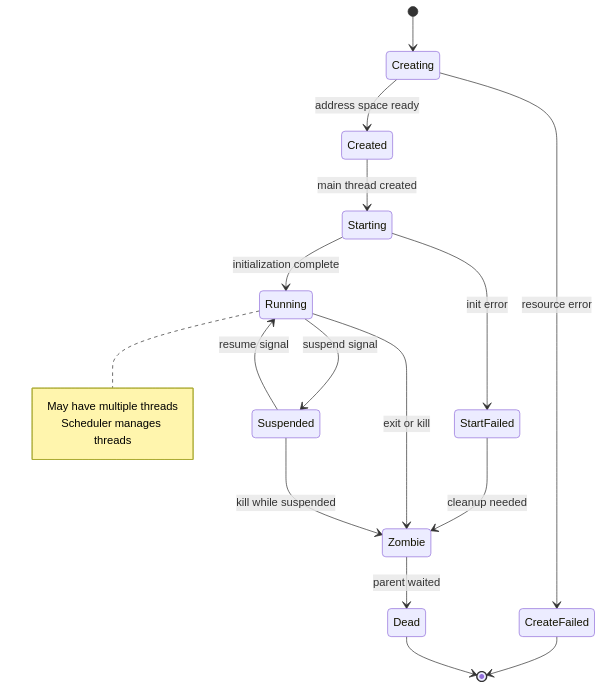
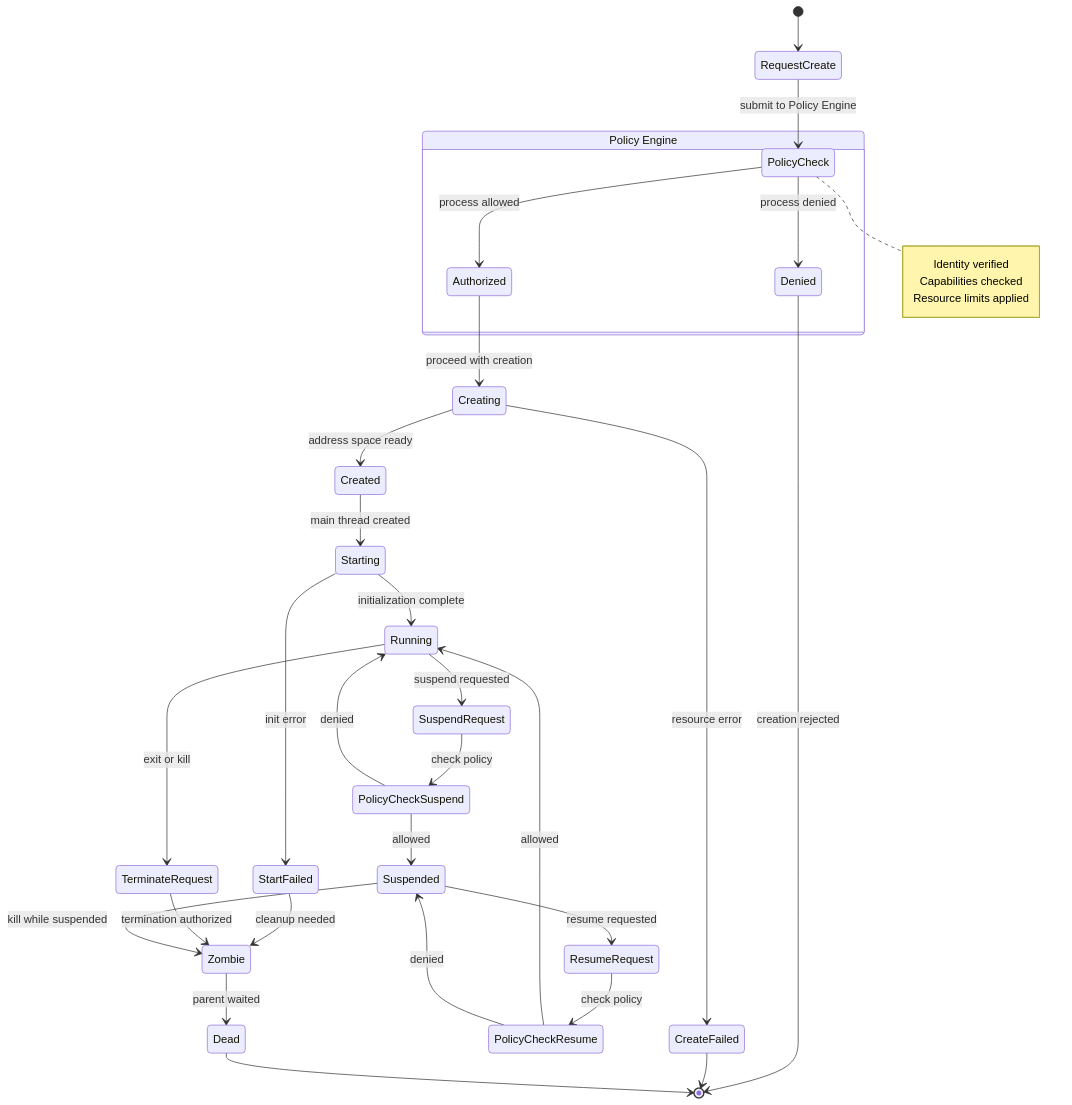
One commit to cypher-asi/zero-os changed the fifth of 18 diagrams in docs/diagrams/state-machines.md. Above: the diagram before and after it, drawn with Mermaid. The commit also changed other lines of this file and 24 other files, not shown here.

````diff
--- a/docs/diagrams/state-machines.md
+++ b/docs/diagrams/state-machines.md
@@ -202,31 +235,53 @@
 ```mermaid
 stateDiagram-v2
-    [*] --> Creating
+    [*] --> RequestCreate
+    
+    RequestCreate --> PolicyCheck: submit to Policy Engine
+    
+    state "Policy Engine" as pe {
+        PolicyCheck --> Authorized: process allowed
+        PolicyCheck --> Denied: process denied
+    }
+    
+    Denied --> [*]: creation rejected
+    
+    Authorized --> Creating: proceed with creation
     
     Creating --> Created: address space ready
     Creating --> CreateFailed: resource error
     
     CreateFailed --> [*]
     
     Created --> Starting: main thread created
     
     Starting --> Running: initialization complete
     Starting --> StartFailed: init error
     
     StartFailed --> Zombie: cleanup needed
     
-    Running --> Suspended: suspend signal
-    Running --> Zombie: exit or kill
+    Running --> SuspendRequest: suspend requested
+    Running --> TerminateRequest: exit or kill
     
-    Suspended --> Running: resume signal
+    SuspendRequest --> PolicyCheckSuspend: check policy
+    PolicyCheckSuspend --> Suspended: allowed
+    PolicyCheckSuspend --> Running: denied
+    
+    TerminateRequest --> Zombie: termination authorized
+    
+    Suspended --> ResumeRequest: resume requested
     Suspended --> Zombie: kill while suspended
+    
+    ResumeRequest --> PolicyCheckResume: check policy
+    PolicyCheckResume --> Running: allowed
+    PolicyCheckResume --> Suspended: denied
     
     Zombie --> Dead: parent waited
     
     Dead --> [*]
     
-    note right of Running
-        May have multiple threads
-        Scheduler manages threads
+    note right of PolicyCheck
+        Identity verified
+        Capabilities checked
+        Resource limits applied
     end note
 ```
````
